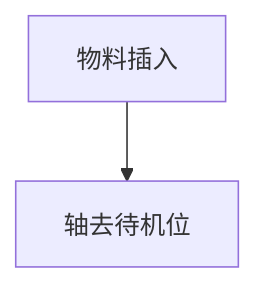
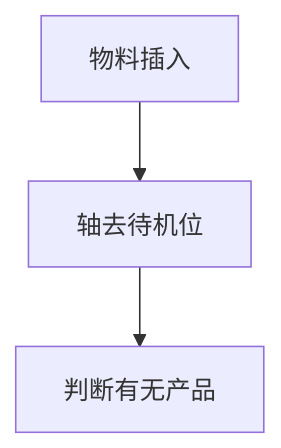
The diagram in all/VR-OP90物料插入.md (zmq000/iodraw-files), drawn with Mermaid before and after one commit.

Commit message:
2026-06-18 11:12:09 update

````diff
--- a/all/VR-OP90物料插入.md
+++ b/all/VR-OP90物料插入.md
@@ -1,6 +1,7 @@
 ```mermaid
 graph TD
 0[物料插入]-->10
-10[轴去待机位]
+10[轴去待机位]-->20
+20[判断有无产品]
   
 ```
````
